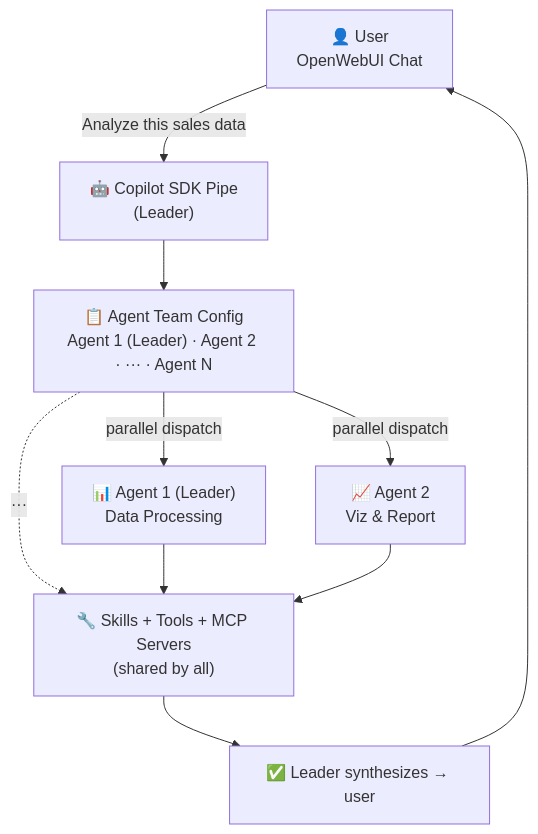
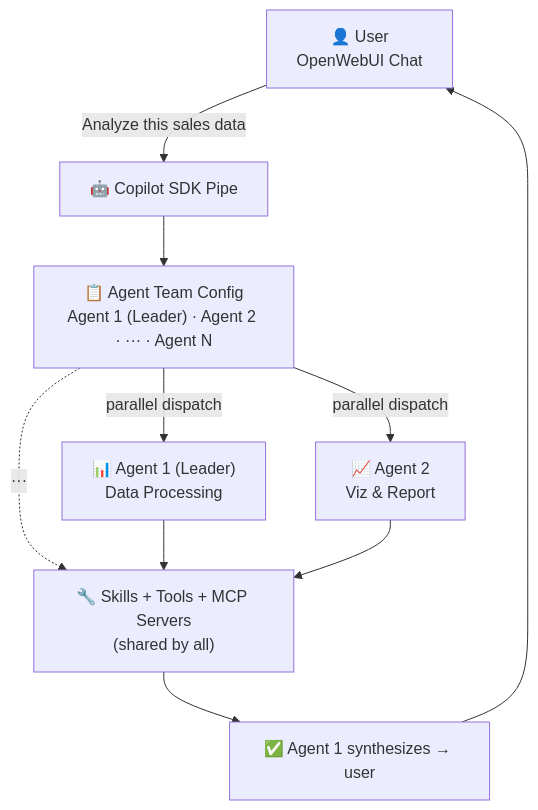
Before and after one commit to MarceloMassarente/openwebui-extensions: the diagram in plugins/pipes/github-copilot-sdk/community_post.md, drawn with Mermaid. The commit also changed other lines of this file and 1 other file, not shown here.

Commit message:
docs(github-copilot-sdk): align community post text with Agent 1 as leader

````diff
--- a/plugins/pipes/github-copilot-sdk/community_post.md
+++ b/plugins/pipes/github-copilot-sdk/community_post.md
@@ -28,20 +28,20 @@
 ```mermaid
 flowchart TD
     User["👤 User<br/>OpenWebUI Chat"]
-    Pipe["🤖 Copilot SDK Pipe<br/>(Leader)"]
+    Pipe["🤖 Copilot SDK Pipe"]
     Config["📋 Agent Team Config<br/>Agent 1 (Leader) · Agent 2 · ··· · Agent N"]
     A1["📊 Agent 1 (Leader)<br/>Data Processing"]
     A2["📈 Agent 2<br/>Viz & Report"]
     Tools["🔧 Skills + Tools + MCP Servers<br/>(shared by all)"]
-    Result["✅ Leader synthesizes → user"]
+    Result["✅ Agent 1 synthesizes → user"]
 
     User -->|"Analyze this sales data"| Pipe
     Pipe --> Config
     Config -->|"parallel dispatch"| A1
     Config -->|"parallel dispatch"| A2
     Config -.->|"···"| Tools
     A1 --> Tools
     A2 --> Tools
     Tools --> Result
     Result --> User
 ```
````
